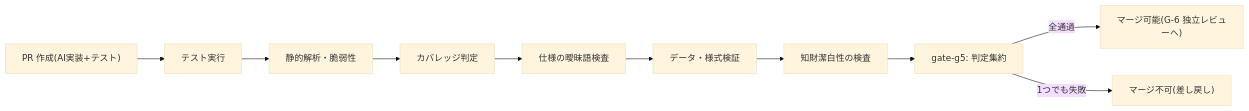
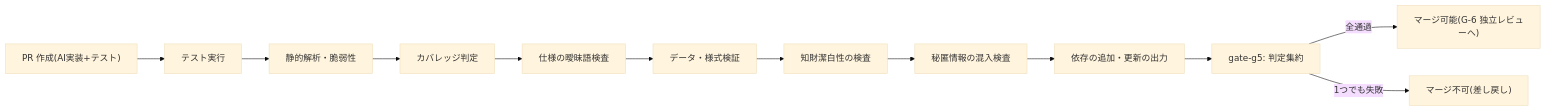
The first of 2 diagrams in src/content/docs/phase5-implementation/ci-gates.md (Takenori-Kusaka/process-compass), drawn with Mermaid (base theme) before and after one commit. The commit also changed other lines of this file and 8 other files, not shown here.

````diff
--- a/src/content/docs/phase5-implementation/ci-gates.md
+++ b/src/content/docs/phase5-implementation/ci-gates.md
@@ -12,12 +12,14 @@
 ```mermaid
 graph LR
   PR["PR 作成(AI実装+テスト)"] --> T["テスト実行"]
   T --> S["静的解析・脆弱性"]
   S --> C["カバレッジ判定"]
   C --> W["仕様の曖昧語検査"]
   W --> V["データ・様式検証"]
   V --> I["知財潔白性の検査"]
-  I --> G["gate-g5: 判定集約"]
+  I --> K["秘匿情報の混入検査"]
+  K --> D["依存の追加・更新の出力"]
+  D --> G["gate-g5: 判定集約"]
   G -->|全通過| M["マージ可能(G-6 独立レビューへ)"]
   G -->|1つでも失敗| X["マージ不可(差し戻し)"]
 ```
````
